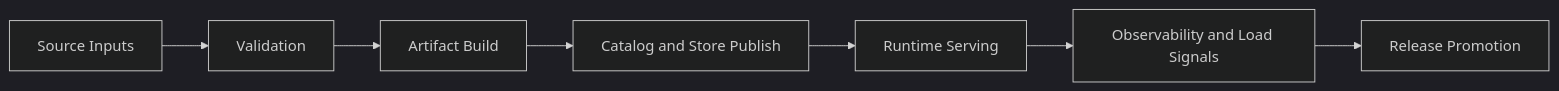
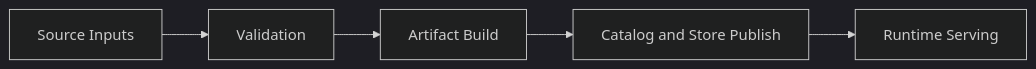
Before and after one commit to bijux/bijux-atlas: the diagram in docs/index.md, drawn with Mermaid (dark theme). The commit also changed other lines of this file, not shown here.

````diff
--- a/docs/index.md
+++ b/docs/index.md
@@ -57,9 +42,7 @@
 ```mermaid
 flowchart LR
     source[Source Inputs] --> validate[Validation]
     validate --> build[Artifact Build]
     build --> publish[Catalog and Store Publish]
     publish --> serve[Runtime Serving]
-    serve --> observe[Observability and Load Signals]
-    observe --> release[Release Promotion]
 ```
````
